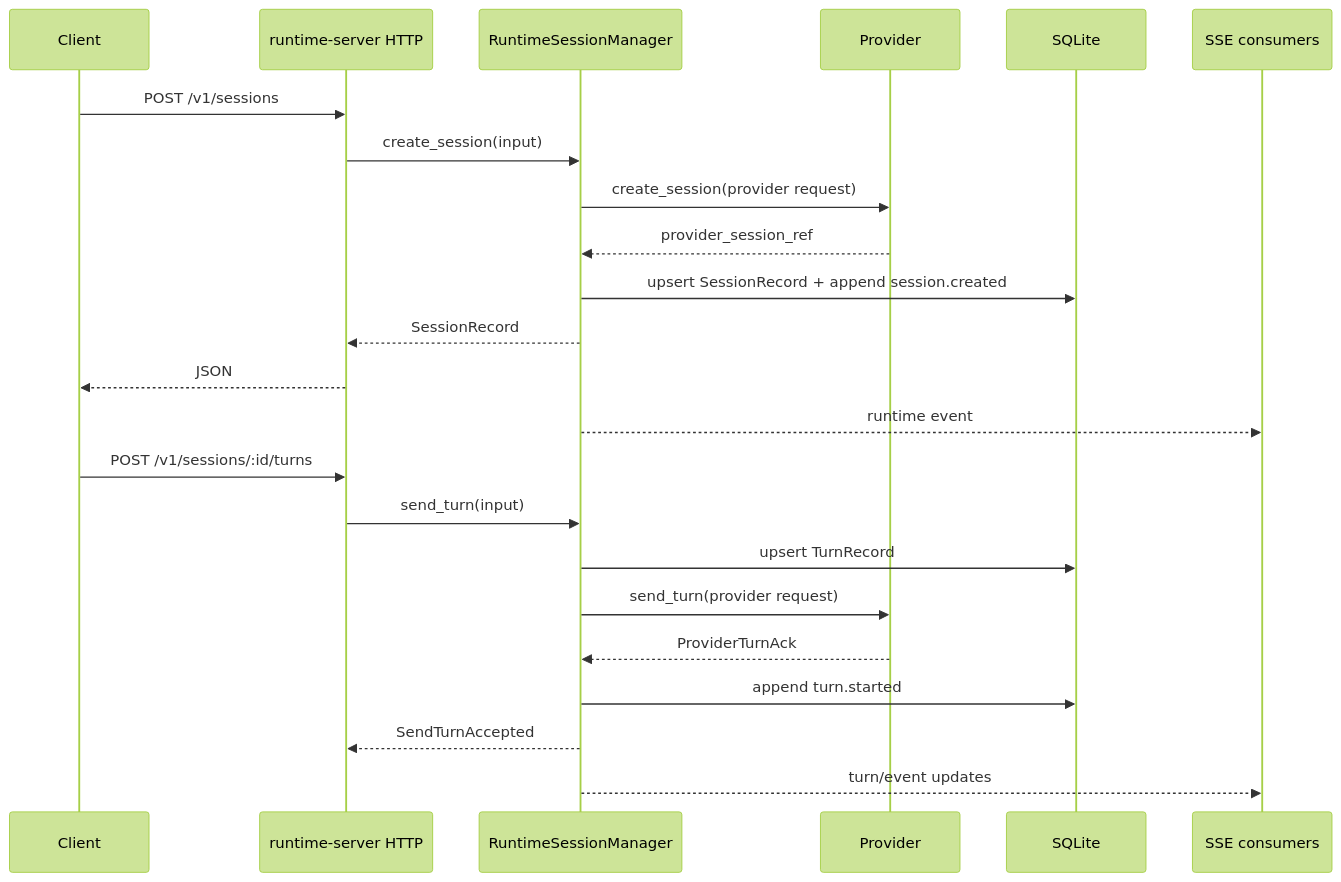
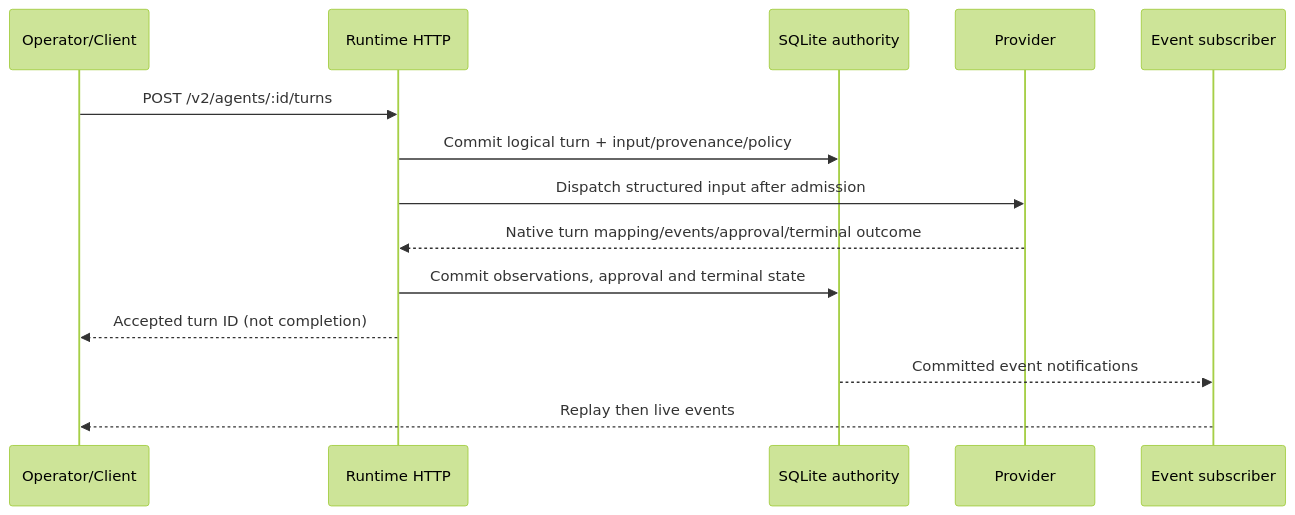
The second of 2 diagrams in src/content/docs/architecture.md (amxv/gooselake), drawn with Mermaid (forest theme) before and after one commit. The commit also changed other lines of this file and 13 other files, not shown here.

````diff
--- a/src/content/docs/architecture.md
+++ b/src/content/docs/architecture.md
@@ -87,27 +71,17 @@
 ```mermaid
 sequenceDiagram
-  participant Client
-  participant HTTP as runtime-server HTTP
-  participant Runtime as RuntimeSessionManager
-  participant Provider
-  participant Store as SQLite
-  participant SSE as SSE consumers
+  participant UI as Operator/Client
+  participant HTTP as Runtime HTTP
+  participant DB as SQLite authority
+  participant P as Provider
+  participant SSE as Event subscriber
 
-  Client->>HTTP: POST /v1/sessions
-  HTTP->>Runtime: create_session(input)
-  Runtime->>Provider: create_session(provider request)
-  Provider-->>Runtime: provider_session_ref
-  Runtime->>Store: upsert SessionRecord + append session.created
-  Runtime-->>HTTP: SessionRecord
-  HTTP-->>Client: JSON
-  Runtime-->>SSE: runtime event
-
-  Client->>HTTP: POST /v1/sessions/:id/turns
-  HTTP->>Runtime: send_turn(input)
-  Runtime->>Store: upsert TurnRecord
-  Runtime->>Provider: send_turn(provider request)
-  Provider-->>Runtime: ProviderTurnAck
-  Runtime->>Store: append turn.started
-  Runtime-->>HTTP: SendTurnAccepted
-  Runtime-->>SSE: turn/event updates
+  UI->>HTTP: POST /v2/agents/:id/turns
+  HTTP->>DB: Commit logical turn + input/provenance/policy
+  HTTP->>P: Dispatch structured input after admission
+  P-->>HTTP: Native turn mapping/events/approval/terminal outcome
+  HTTP->>DB: Commit observations, approval and terminal state
+  HTTP-->>UI: Accepted turn ID (not completion)
+  DB-->>SSE: Committed event notifications
+  SSE-->>UI: Replay then live events
 ```
````
